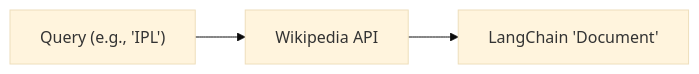
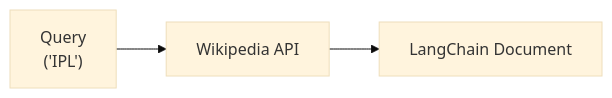
Before and after one commit to satyam0singh/Agentic-AI: the third of 13 diagrams in RAG/Retrivers.md, drawn with Mermaid (base theme). The commit also changed other lines of this file, not shown here.

First line of the commit message:
Revise and enhance Retrievers documentation in LangChain

````diff
--- a/RAG/Retrivers.md
+++ b/RAG/Retrivers.md
@@ -98,5 +165,4 @@
 ```mermaid
 flowchart LR
-    Q["Query (e.g., 'IPL')"] --> API[Wikipedia API]
-    API --> Docs[LangChain 'Document']
+    A["Query<br/>('IPL')"] --> B["Wikipedia API"] --> C["LangChain Document"]
 ```
````
